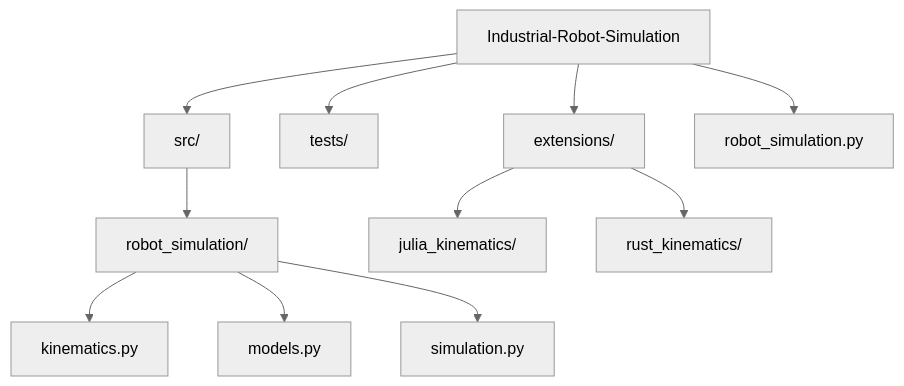
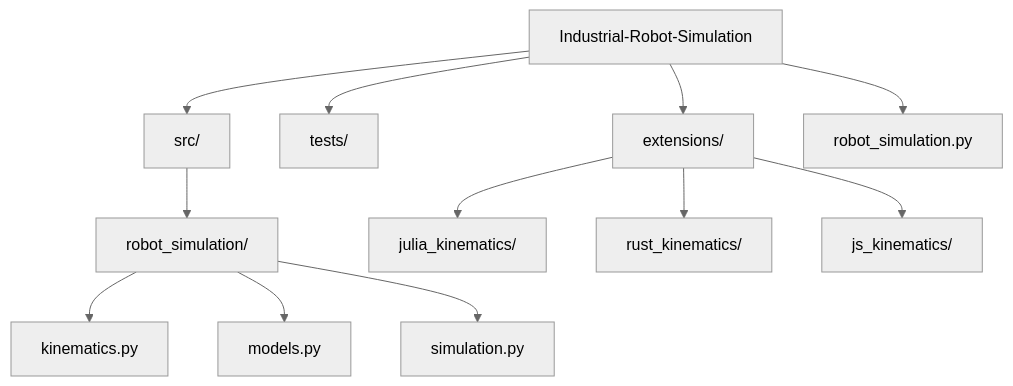
The first of 2 diagrams in README.md (ashishrai12/Industrial-Robot-Simulation), drawn with Mermaid (neutral theme) before and after one commit. The commit also changed other lines of this file and 1 other file, not shown here.

Commit message:
feat: add JavaScript kinematics extension

````diff
--- a/README.md
+++ b/README.md
@@ -15,15 +15,16 @@
 ```mermaid
 graph TD
     Root[Industrial-Robot-Simulation] --> src[src/]
     Root --> tests[tests/]
     Root --> ext[extensions/]
     Root --> main[robot_simulation.py]
     
     src --> rs[robot_simulation/]
     rs --> kin[kinematics.py]
     rs --> mod[models.py]
     rs --> sim[simulation.py]
     
     ext --> jl[julia_kinematics/]
     ext --> rs_ext[rust_kinematics/]
+    ext --> js[js_kinematics/]
 ```
````
